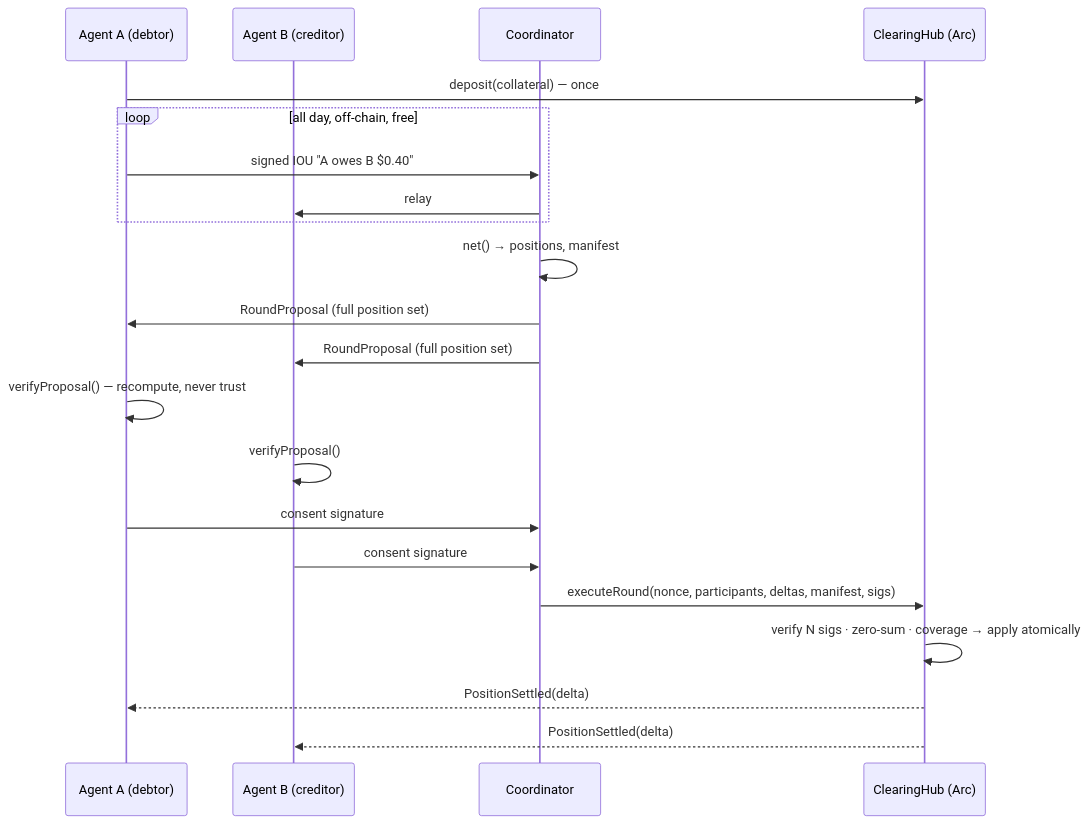
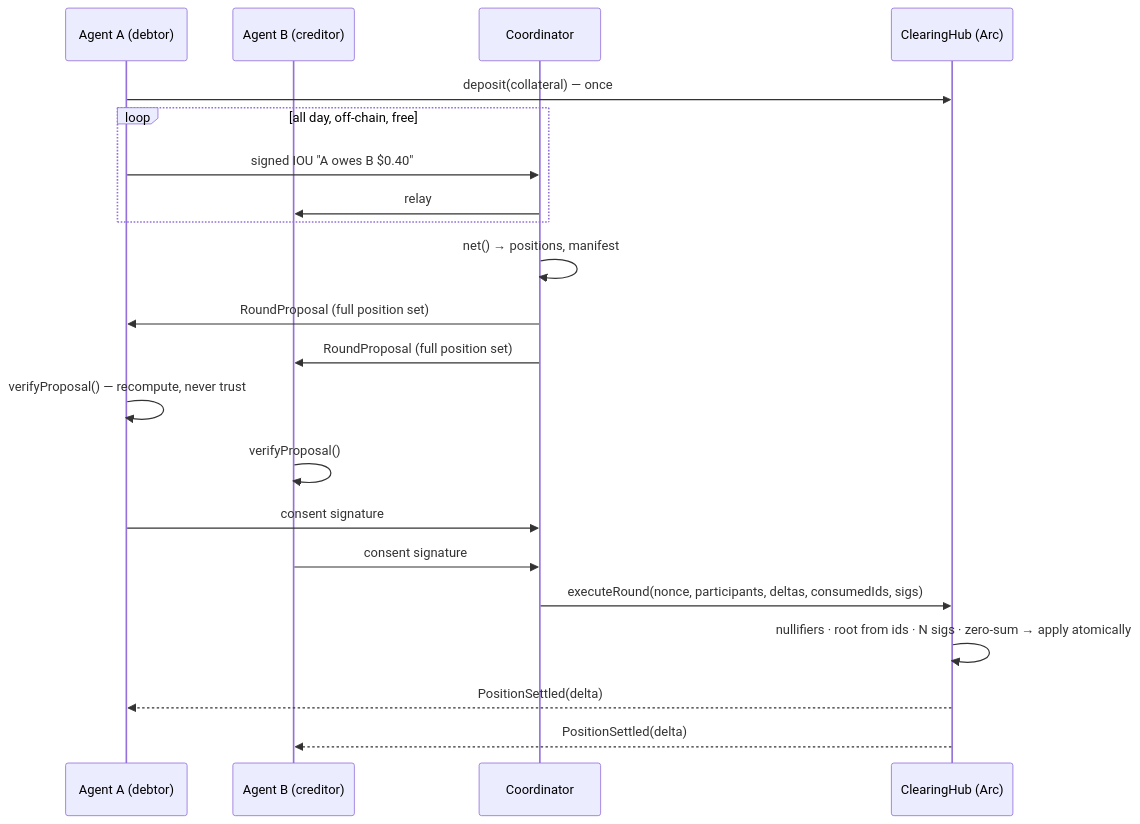
Before and after one commit to aljosamakevic/arclear: the diagram in docs/PROTOCOL.md, drawn with Mermaid. The commit also changed other lines of this file and 1 other file, not shown here.

First line of the commit message:
docs(02-08): specify merkle manifest + redemption protocol, reconcile threat model

````diff
--- a/docs/PROTOCOL.md
+++ b/docs/PROTOCOL.md
@@ -82,24 +93,24 @@
 ```mermaid
 sequenceDiagram
     participant A as Agent A (debtor)
     participant B as Agent B (creditor)
     participant C as Coordinator
     participant H as ClearingHub (Arc)
 
     A->>H: deposit(collateral) — once
     loop all day, off-chain, free
         A->>C: signed IOU "A owes B $0.40"
         C->>B: relay
     end
     C->>C: net() → positions, manifest
     C->>A: RoundProposal (full position set)
     C->>B: RoundProposal (full position set)
     A->>A: verifyProposal() — recompute, never trust
     B->>B: verifyProposal()
     A->>C: consent signature
     B->>C: consent signature
-    C->>H: executeRound(nonce, participants, deltas, manifest, sigs)
-    H->>H: verify N sigs · zero-sum · coverage → apply atomically
+    C->>H: executeRound(nonce, participants, deltas, consumedIds, sigs)
+    H->>H: nullifiers · root from ids · N sigs · zero-sum → apply atomically
     H-->>A: PositionSettled(delta)
     H-->>B: PositionSettled(delta)
 ```
````
